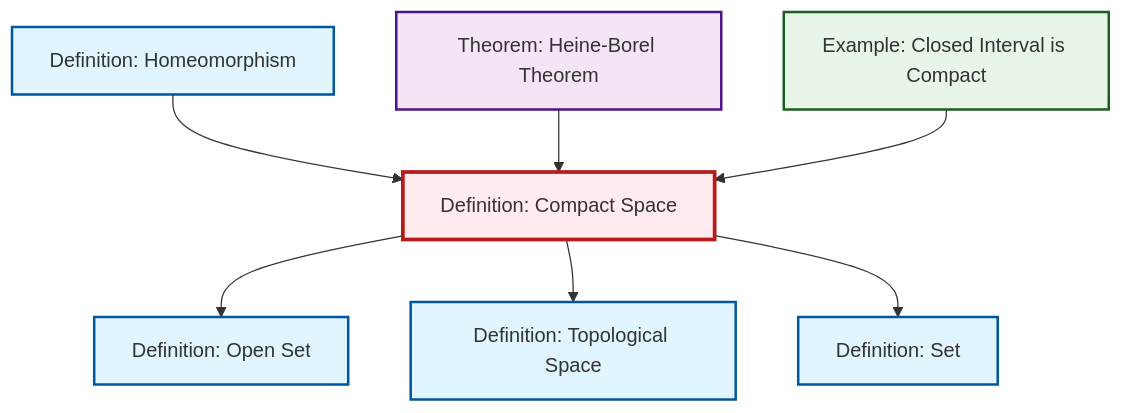
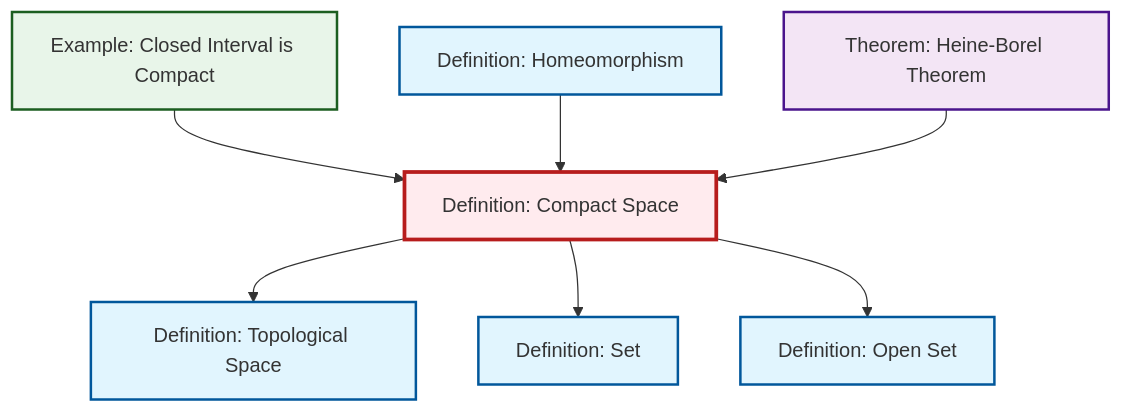
Before and after one commit to RK0429/ModernMath: the diagram in content/ja/topology/def-compact.qmd, drawn with Mermaid. The commit also changed other lines of this file and 619 other files, not shown here.

````diff
--- a/content/ja/topology/def-compact.qmd
+++ b/content/ja/topology/def-compact.qmd
@@ -49,29 +49,29 @@
 ```{mermaid}
 %%| fig-cap: "Local dependency graph"
 graph TD
     classDef definition fill:#e1f5fe,stroke:#01579b,stroke-width:2px
     classDef theorem fill:#f3e5f5,stroke:#4a148c,stroke-width:2px
     classDef axiom fill:#fff3e0,stroke:#e65100,stroke-width:2px
     classDef example fill:#e8f5e9,stroke:#1b5e20,stroke-width:2px
     classDef current fill:#ffebee,stroke:#b71c1c,stroke-width:3px
+    ex-closed-interval-compact["Example: Closed Interval is Compact"]:::example
     def-compact["Definition: Compact Space"]:::definition
-    ex-closed-interval-compact["Example: Closed Interval is Compact"]:::example
-    thm-heine-borel["Theorem: Heine-Borel Theorem"]:::theorem
+    def-open-set["Definition: Open Set"]:::definition
     def-set["Definition: Set"]:::definition
     def-topological-space["Definition: Topological Space"]:::definition
     def-homeomorphism["Definition: Homeomorphism"]:::definition
-    def-open-set["Definition: Open Set"]:::definition
-    def-compact --> def-open-set
-    def-homeomorphism --> def-compact
+    thm-heine-borel["Theorem: Heine-Borel Theorem"]:::theorem
     def-compact --> def-topological-space
     def-compact --> def-set
+    def-compact --> def-open-set
+    ex-closed-interval-compact --> def-compact
+    def-homeomorphism --> def-compact
     thm-heine-borel --> def-compact
-    ex-closed-interval-compact --> def-compact
     class def-compact current
     click ex-closed-interval-compact "ex-closed-interval-compact.html" "Example: Closed Interval is Compactへ"
-    click thm-heine-borel "thm-heine-borel.html" "Theorem: Heine-Borel Theoremへ"
+    click def-open-set "def-open-set.html" "Definition: Open Setへ"
     click def-set "def-set.html" "Definition: Setへ"
     click def-topological-space "def-topological-space.html" "Definition: Topological Spaceへ"
     click def-homeomorphism "def-homeomorphism.html" "Definition: Homeomorphismへ"
-    click def-open-set "def-open-set.html" "Definition: Open Setへ"
+    click thm-heine-borel "thm-heine-borel.html" "Theorem: Heine-Borel Theoremへ"
 ```
````
